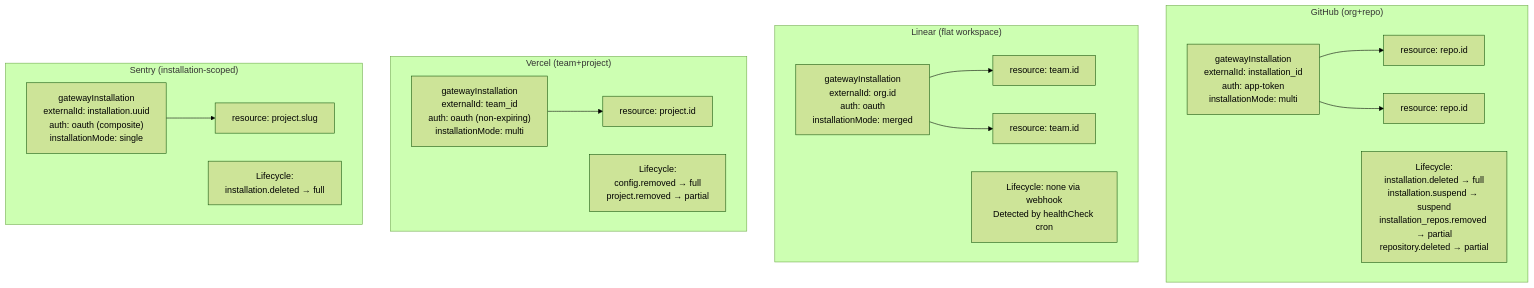
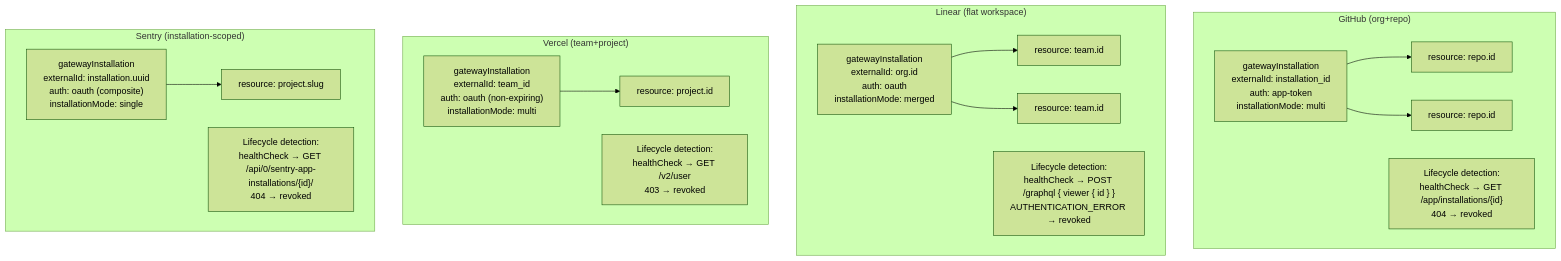
The eighth of 10 diagrams in thoughts/shared/plans/2026-03-18-platform-architecture-redesign.md (lightfastai/lightfast), drawn with Mermaid (forest theme) before and after one commit. The commit also changed other lines of this file, not shown here.

First line of the commit message:
docs(thoughts): align platform plan with provider architecture redesign

````diff
--- a/thoughts/shared/plans/2026-03-18-platform-architecture-redesign.md
+++ b/thoughts/shared/plans/2026-03-18-platform-architecture-redesign.md
@@ -576,19 +626,19 @@
 ```mermaid
 flowchart TD
     subgraph github["GitHub  (org+repo)"]
         GH_I["gatewayInstallation\nexternalId: installation_id\nauth: app-token\ninstallationMode: multi"] --> GH_R1["resource: repo.id"] & GH_R2["resource: repo.id"]
-        GH_L["Lifecycle:\ninstallation.deleted → full\ninstallation.suspend → suspend\ninstallation_repos.removed → partial\nrepository.deleted → partial"]
+        GH_L["Lifecycle detection:\nhealthCheck → GET /app/installations/{id}\n404 → revoked"]
     end
     subgraph linear["Linear  (flat workspace)"]
         LI_I["gatewayInstallation\nexternalId: org.id\nauth: oauth\ninstallationMode: merged"] --> LI_R1["resource: team.id"] & LI_R2["resource: team.id"]
-        LI_L["Lifecycle: none via webhook\nDetected by healthCheck cron"]
+        LI_L["Lifecycle detection:\nhealthCheck → POST /graphql { viewer { id } }\nAUTHENTICATION_ERROR → revoked"]
     end
     subgraph vercel["Vercel  (team+project)"]
         VC_I["gatewayInstallation\nexternalId: team_id\nauth: oauth (non-expiring)\ninstallationMode: multi"] --> VC_R1["resource: project.id"]
-        VC_L["Lifecycle:\nconfig.removed → full\nproject.removed → partial"]
+        VC_L["Lifecycle detection:\nhealthCheck → GET /v2/user\n403 → revoked"]
     end
     subgraph sentry["Sentry  (installation-scoped)"]
         SE_I["gatewayInstallation\nexternalId: installation.uuid\nauth: oauth (composite)\ninstallationMode: single"] --> SE_R1["resource: project.slug"]
-        SE_L["Lifecycle:\ninstallation.deleted → full"]
+        SE_L["Lifecycle detection:\nhealthCheck → GET /api/0/sentry-app-installations/{id}/\n404 → revoked"]
     end
 ```
````
